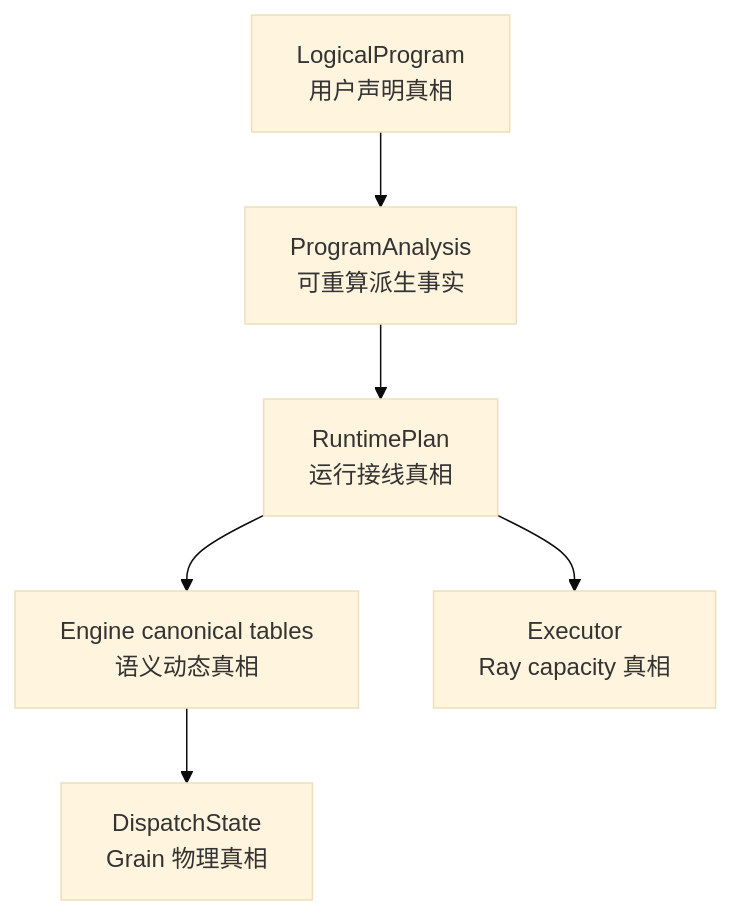
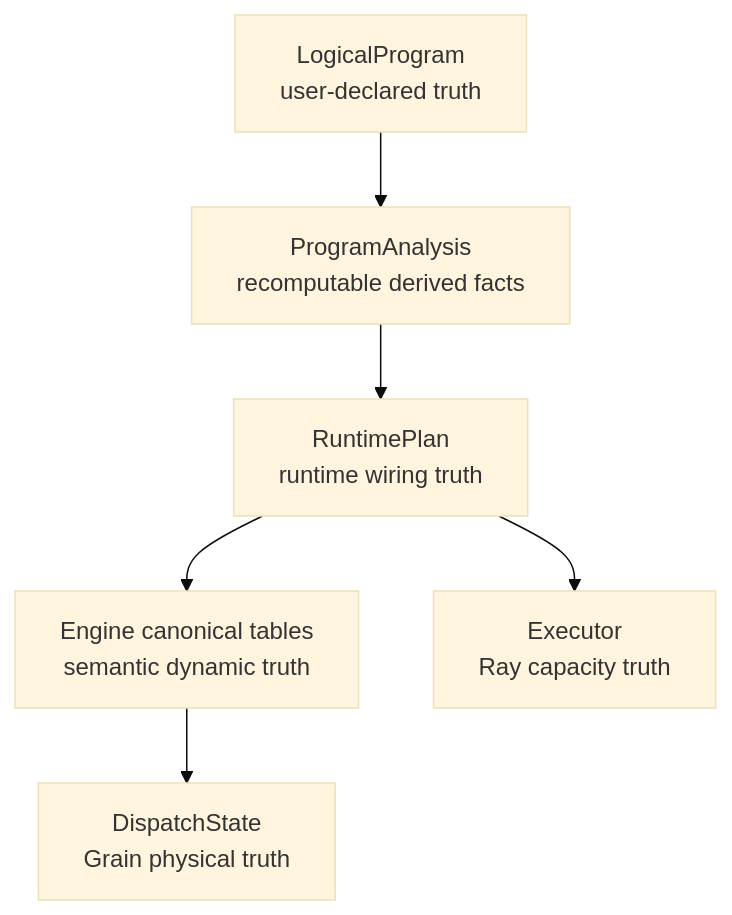
One commit to OpenDCAI/RayOrch changed the diagram in docs/multigrain_v3_6_walkthrough/07_v3_vs_v36_readability.md. Above: the diagram before and after it, drawn with Mermaid (base theme). The commit also changed other lines of this file and 31 other files, not shown here.

Commit message:
docs(v3.6): publish bilingual architecture guides

````diff
--- a/docs/multigrain_v3_6_walkthrough/07_v3_vs_v36_readability.md
+++ b/docs/multigrain_v3_6_walkthrough/07_v3_vs_v36_readability.md
@@ -282,12 +357,12 @@
 ```mermaid
 flowchart TD
-    Logical["LogicalProgram<br/>用户声明真相"]
-    Analysis["ProgramAnalysis<br/>可重算派生事实"]
-    Plan["RuntimePlan<br/>运行接线真相"]
-    Engine["Engine canonical tables<br/>语义动态真相"]
-    Dispatch["DispatchState<br/>Grain 物理真相"]
-    Executor["Executor<br/>Ray capacity 真相"]
+    Logical["LogicalProgram<br/>user-declared truth"]
+    Analysis["ProgramAnalysis<br/>recomputable derived facts"]
+    Plan["RuntimePlan<br/>runtime wiring truth"]
+    Engine["Engine canonical tables<br/>semantic dynamic truth"]
+    Dispatch["DispatchState<br/>Grain physical truth"]
+    Executor["Executor<br/>Ray capacity truth"]
 
     Logical --> Analysis --> Plan --> Engine --> Dispatch
     Plan --> Executor
 ```
````
